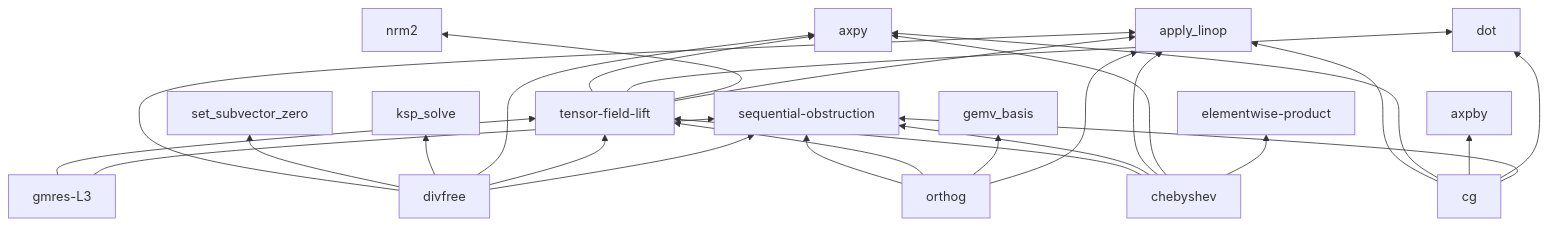
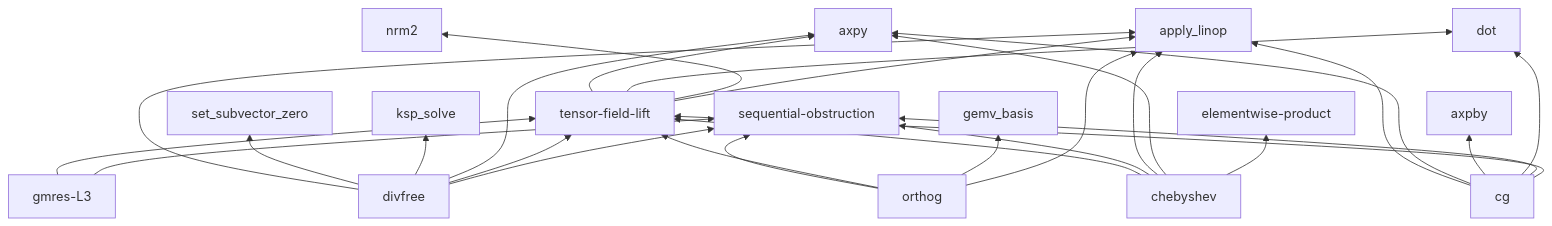
One commit to crutcher/palace_whiteroom changed the fourth of 5 diagrams in book/src/concepts/dependency-map.md. Above: the diagram before and after it, drawn with Mermaid. The commit also changed 3 other files, not shown here.

````diff
--- a/book/src/concepts/dependency-map.md
+++ b/book/src/concepts/dependency-map.md
@@ -112,29 +112,30 @@
 ```mermaid
 graph BT
   tensor-field-lift --> axpy
   tensor-field-lift --> dot
   tensor-field-lift --> nrm2
   tensor-field-lift --> apply_linop
   gmres-L3 --> tensor-field-lift
   gmres-L3 --> sequential-obstruction
   divfree --> apply_linop
   divfree --> set_subvector_zero
   divfree --> ksp_solve
   divfree --> axpy
   divfree --> tensor-field-lift
   divfree --> sequential-obstruction
   orthog --> sequential-obstruction
   orthog --> tensor-field-lift
   orthog --> gemv_basis
   orthog --> apply_linop
   chebyshev --> tensor-field-lift
   chebyshev --> sequential-obstruction
   chebyshev --> apply_linop
   chebyshev --> axpy
   chebyshev --> elementwise-product
   cg --> apply_linop
   cg --> axpy
   cg --> axpby
   cg --> dot
   cg --> sequential-obstruction
+  cg --> tensor-field-lift
 ```
````
